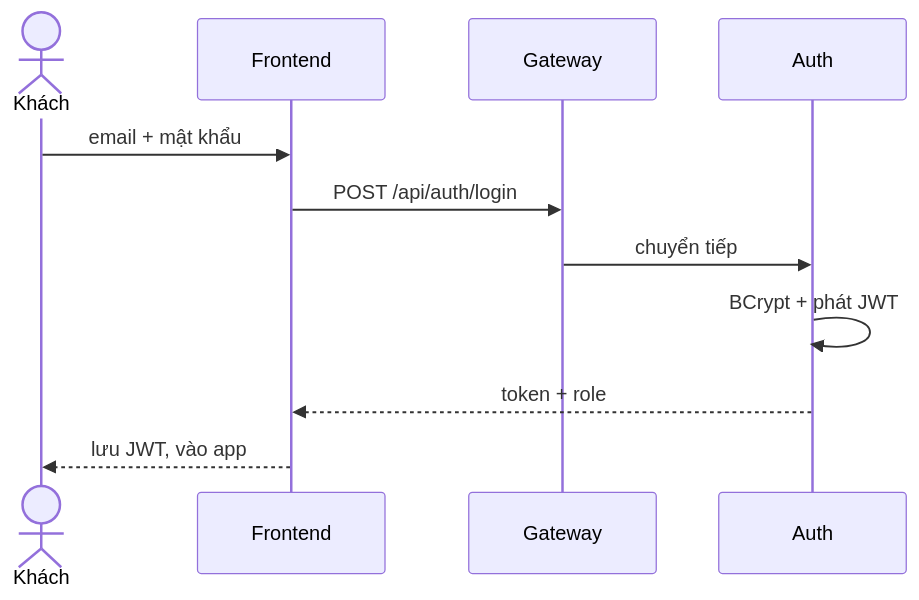
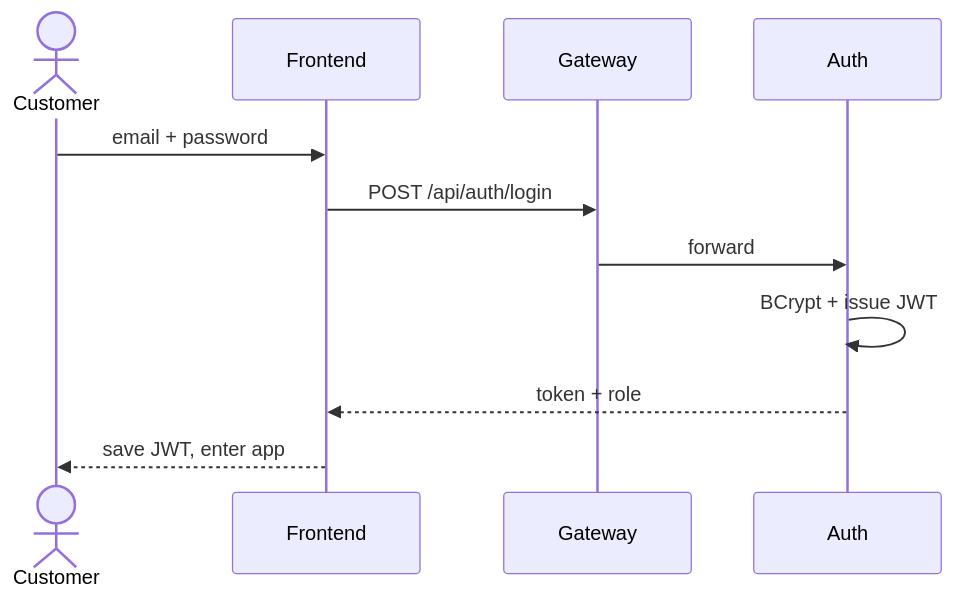
The second of 4 diagrams in README.md (trinhvanhai1994/GTVT_ecommerce), drawn with Mermaid before and after one commit. The commit also changed other lines of this file and 197 other files, not shown here.

````diff
--- a/README.md
+++ b/README.md
@@ -71,13 +93,13 @@
 ```mermaid
 sequenceDiagram
-  actor U as Khách
+  actor U as Customer
   participant FE as Frontend
   participant GW as Gateway
   participant AUTH as Auth
-  U->>FE: email + mật khẩu
+  U->>FE: email + password
   FE->>GW: POST /api/auth/login
-  GW->>AUTH: chuyển tiếp
-  AUTH->>AUTH: BCrypt + phát JWT
+  GW->>AUTH: forward
+  AUTH->>AUTH: BCrypt + issue JWT
   AUTH-->>FE: token + role
-  FE-->>U: lưu JWT, vào app
+  FE-->>U: save JWT, enter app
 ```
````
